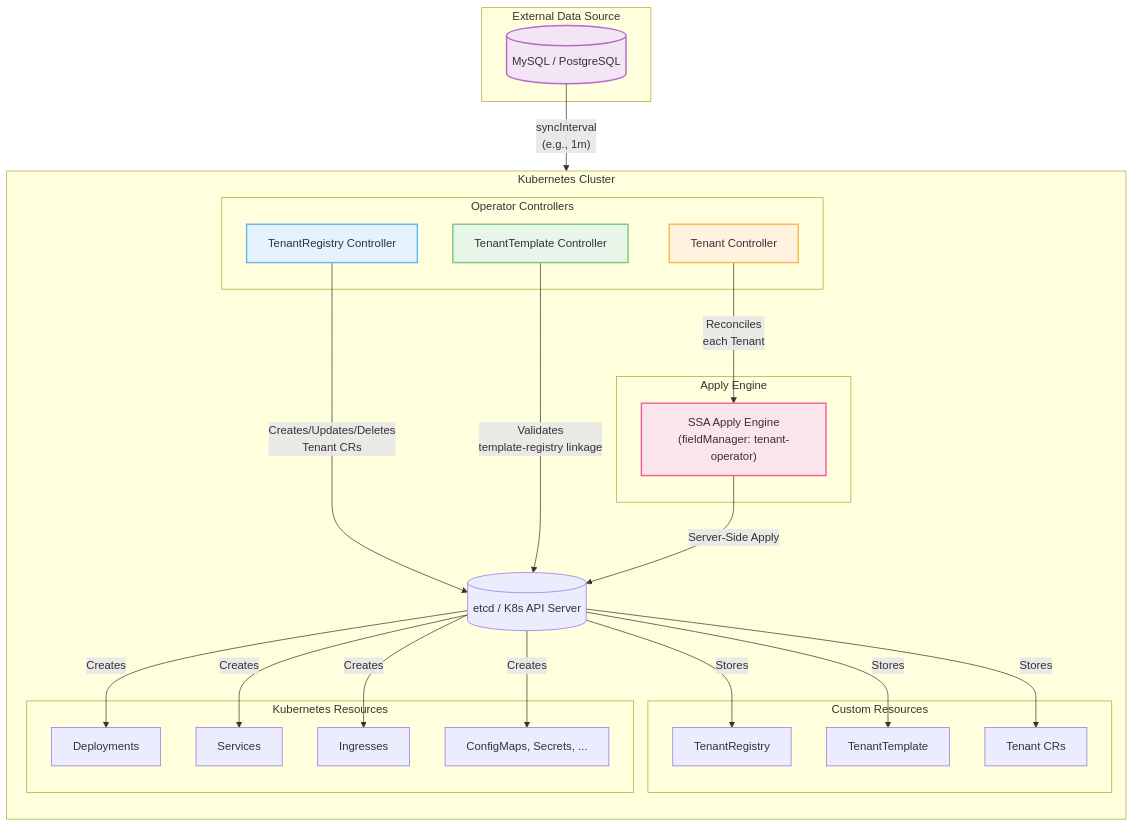
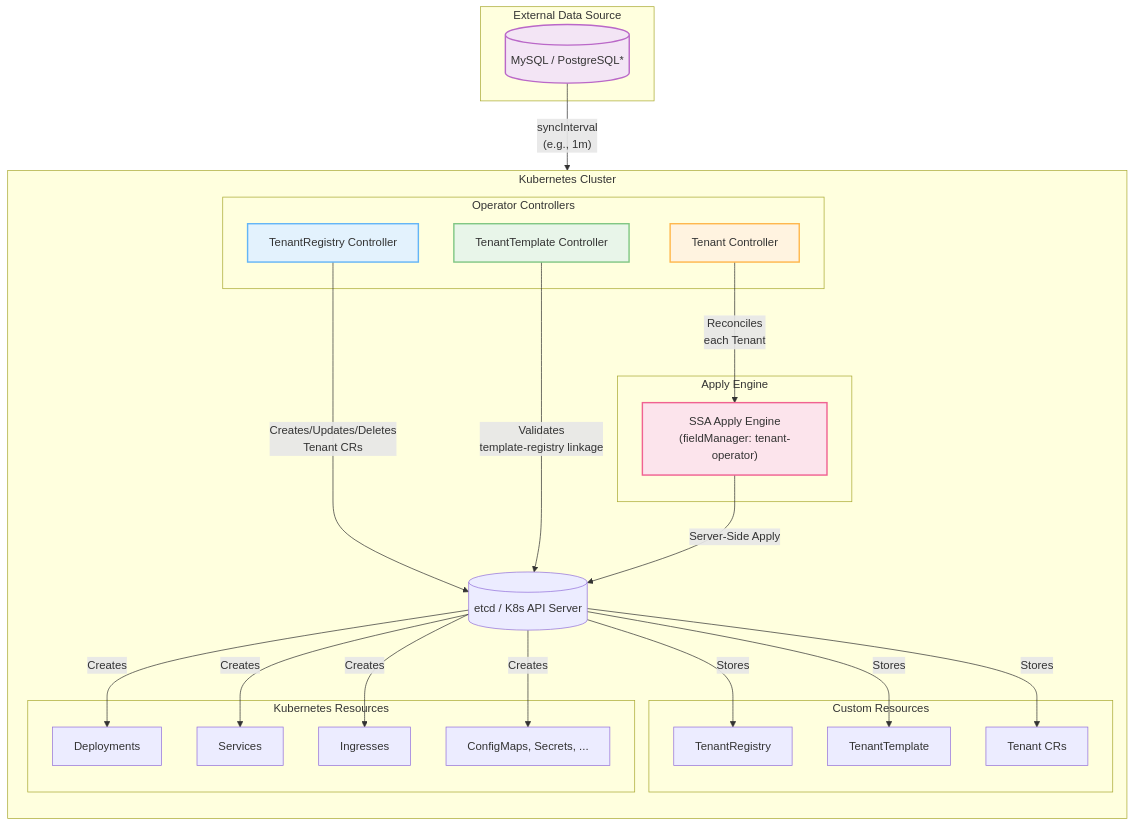
Before and after one commit to kubernetes-tenants/tenant-operator: the first of 2 diagrams in README.md, drawn with Mermaid. The commit also changed other lines of this file and 5 other files, not shown here.

Commit message:
feat: Update documentation for PostgreSQL support and versioning in various files

````diff
--- a/README.md
+++ b/README.md
@@ -88,56 +88,56 @@
 ```mermaid
 flowchart TB
     subgraph External["External Data Source"]
-        DB[(MySQL / PostgreSQL)]
+        DB[(MySQL / PostgreSQL*)]
     end
 
     subgraph Cluster["Kubernetes Cluster"]
         direction TB
 
         subgraph Controllers["Operator Controllers"]
             RC[TenantRegistry Controller]
             TC[TenantTemplate Controller]
             TNC[Tenant Controller]
         end
 
         subgraph CRDs["Custom Resources"]
             TR[TenantRegistry]
             TT[TenantTemplate]
             T[Tenant CRs]
         end
 
         subgraph Engine["Apply Engine"]
             SSA["SSA Apply Engine<br/>(fieldManager: tenant-operator)"]
         end
 
         subgraph Resources["Kubernetes Resources"]
             DEP[Deployments]
             SVC[Services]
             ING[Ingresses]
             etc[ConfigMaps, Secrets, ...]
         end
 
         API[(etcd / K8s API Server)]
     end
 
     DB -->|"syncInterval<br/>(e.g., 1m)"| RC
     RC -->|"Creates/Updates/Deletes<br/>Tenant CRs"| API
     API -->|"Stores"| TR
     API -->|"Stores"| TT
     API -->|"Stores"| T
 
     TC -->|"Validates<br/>template-registry linkage"| API
     TNC -->|"Reconciles<br/>each Tenant"| SSA
     SSA -->|"Server-Side Apply"| API
 
     API -->|"Creates"| DEP
     API -->|"Creates"| SVC
     API -->|"Creates"| ING
     API -->|"Creates"| etc
 
     style RC fill:#e3f2fd,stroke:#64b5f6,stroke-width:2px
     style TC fill:#e8f5e9,stroke:#81c784,stroke-width:2px
     style TNC fill:#fff3e0,stroke:#ffb74d,stroke-width:2px
     style SSA fill:#fce4ec,stroke:#f06292,stroke-width:2px
     style DB fill:#f3e5f5,stroke:#ba68c8,stroke-width:2px
 ```
````
